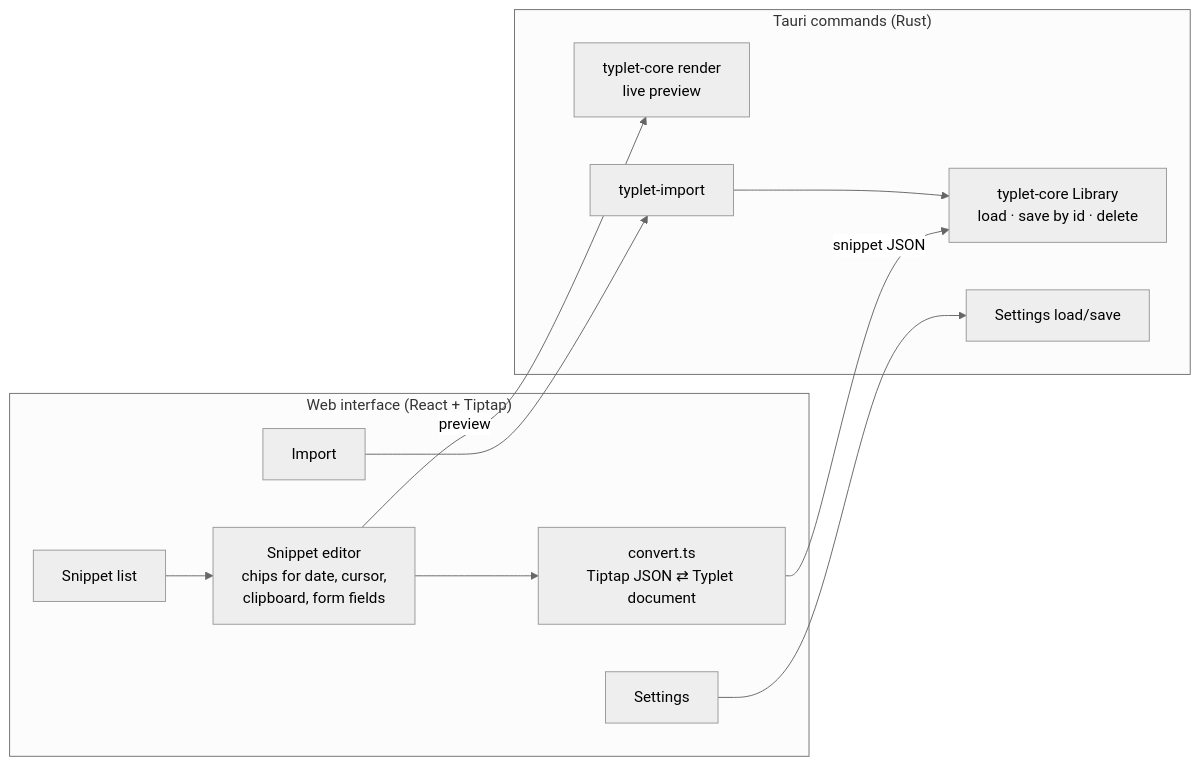
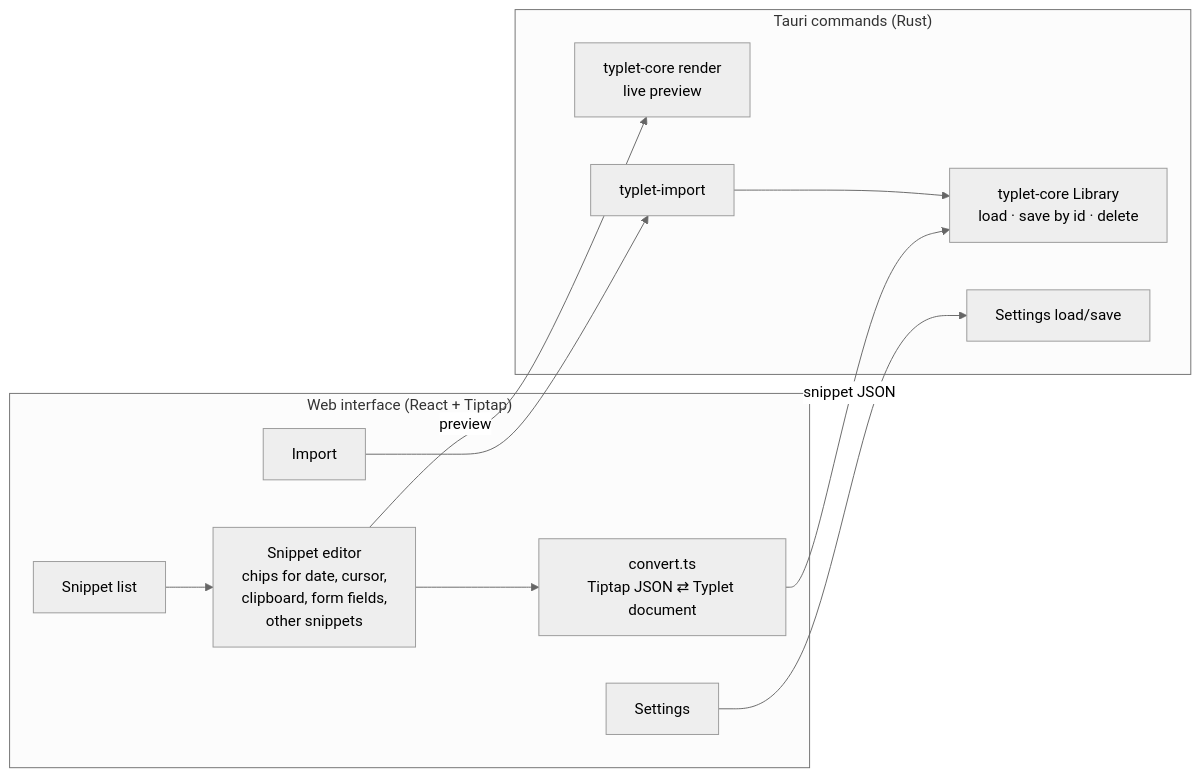
The third of 4 diagrams in docs/architecture.md (typlet-app/typlet), drawn with Mermaid (neutral theme) before and after one commit. The commit also changed other lines of this file and 51 other files, not shown here.

````diff
--- a/docs/architecture.md
+++ b/docs/architecture.md
@@ -150,19 +154,19 @@
 ```mermaid
 flowchart LR
     subgraph Web["Web interface (React + Tiptap)"]
-        L[Snippet list] --> E[Snippet editor<br/>chips for date, cursor,<br/>clipboard, form fields]
+        L[Snippet list] --> E[Snippet editor<br/>chips for date, cursor,<br/>clipboard, form fields,<br/>other snippets]
         E --> C["convert.ts<br/>Tiptap JSON ⇄ Typlet document"]
         S[Settings] 
         I[Import]
     end
     subgraph Rust["Tauri commands (Rust)"]
         LIB[typlet-core Library<br/>load · save by id · delete]
         R[typlet-core render<br/>live preview]
         SET[Settings load/save]
         IMP[typlet-import]
     end
     C -->|snippet JSON| LIB
     E -->|preview| R
     S --> SET
     I --> IMP --> LIB
 ```
````
